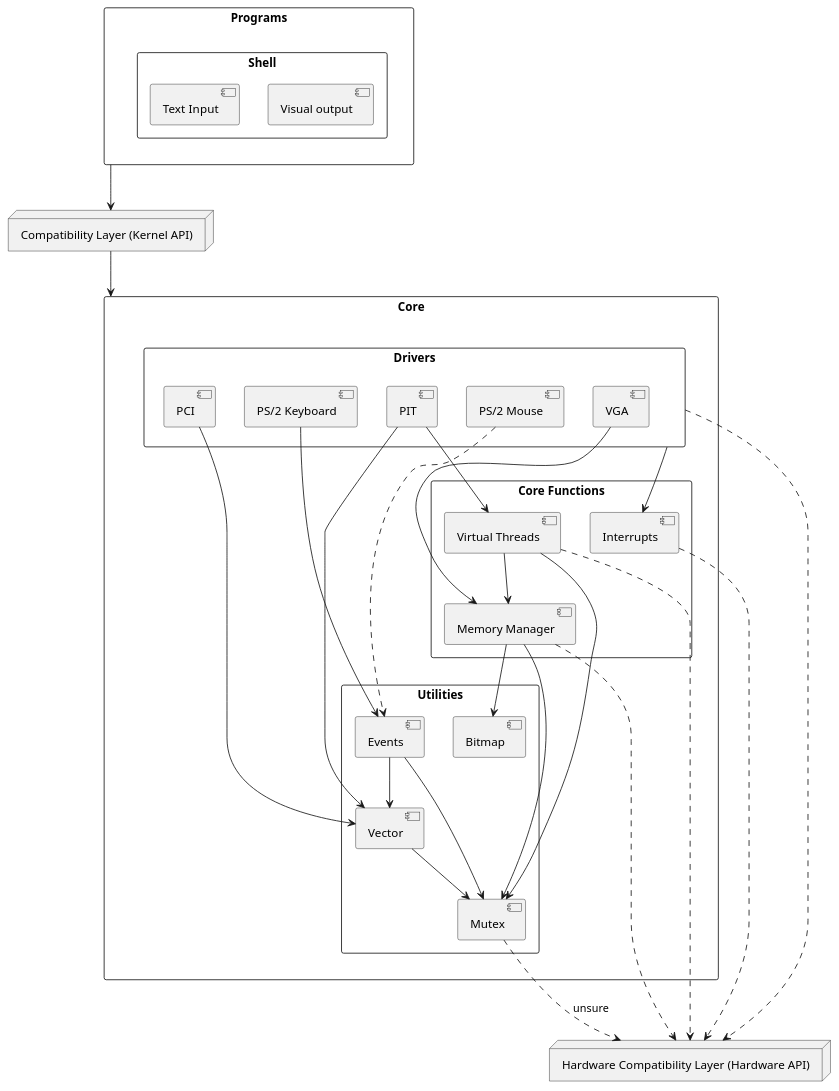
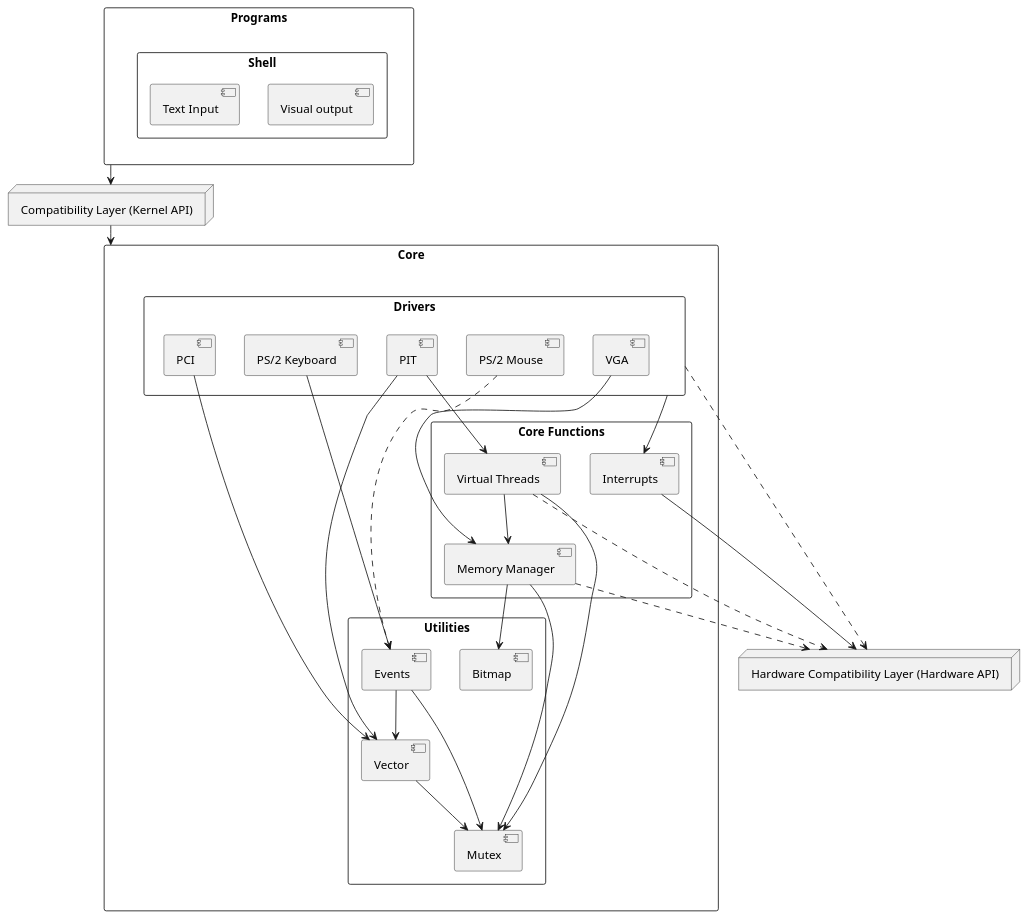
One commit to cactoes/virtual_reflections_os changed the diagram in docs/diagram.puml. Above: the diagram before and after it, drawn with PlantUML. The commit also changed 8 other files, not shown here.

```diff
--- a/docs/diagram.puml
+++ b/docs/diagram.puml
@@ -1,66 +1,65 @@
 @startuml kernel diagram
 
 node "Hardware Compatibility Layer (Hardware API)" as HWCL {
 }
 
 rectangle "Core" {
     rectangle "Drivers" {
         [PCI]
         [PIT]
         [VGA]
         [PS/2 Keyboard]
         [PS/2 Mouse]
     }
 
     rectangle "Core Functions" {
         [Virtual Threads]
         [Memory Manager]
         [Interrupts]
     }
 
     rectangle "Utilities" {
         [Vector]
         [Mutex]
         [Events]
         [Bitmap]
     }
 }
 
 [Virtual Threads] --> [Mutex]
 [Virtual Threads] --> [Memory Manager]
 
 [Memory Manager] --> [Bitmap]
 [Memory Manager] --> [Mutex]
 
 [Drivers] --> [Interrupts]
 [PCI] --> [Vector]
 [PIT] --> [Vector]
 [PIT] --> [Virtual Threads]
 [VGA] --> [Memory Manager]
 [PS/2 Keyboard] --> [Events]
 [PS/2 Mouse] ..> [Events]
 
 [Events] --> [Mutex]
 [Events] --> [Vector]
 [Vector] --> [Mutex]
 
 rectangle "Programs" {
     rectangle "Shell" {
         [Visual output]
         [Text Input]
     }
 }
 
 node "Compatibility Layer (Kernel API)" as CL {
 }
 
 Programs --> CL
 CL --> Core
 
-[Interrupts] ..> HWCL
+[Interrupts] --> HWCL
 Drivers ..> HWCL
 [Memory Manager] ..> HWCL
 [Virtual Threads] ..> HWCL
-[Mutex] ..> HWCL : unsure
 
 @enduml
```
